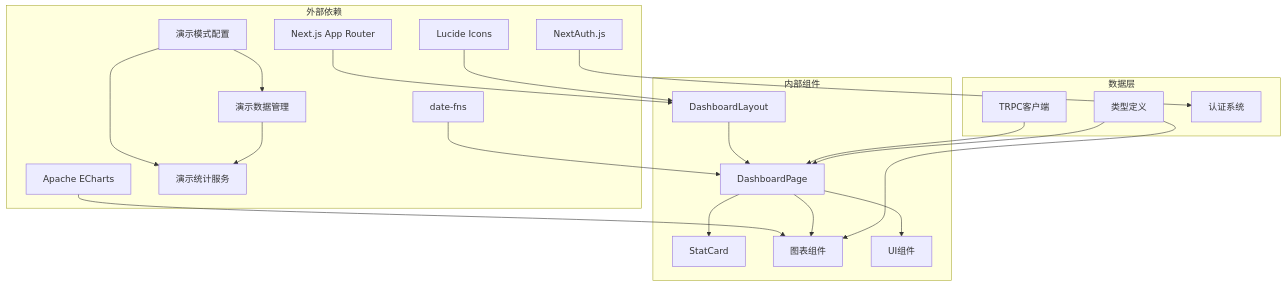
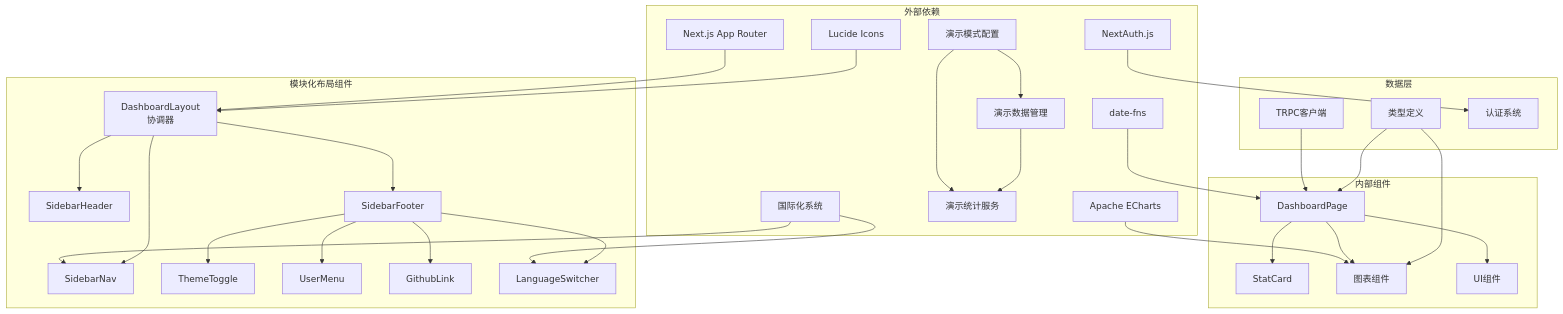
Before and after one commit to RadiumAg/AIGate: diagram 15 of 15 in .qoder/repowiki/zh/content/前端组件/仪表板布局.md, drawn with Mermaid. The commit also changed other lines of this file and 10 other files, not shown here.

````diff
--- a/.qoder/repowiki/zh/content/前端组件/仪表板布局.md
+++ b/.qoder/repowiki/zh/content/前端组件/仪表板布局.md
@@ -636,40 +664,58 @@
 ```mermaid
 graph TB
 subgraph "外部依赖"
 NextJS["Next.js App Router"]
 Lucide["Lucide Icons"]
 ECharts["Apache ECharts"]
 DateFns["date-fns"]
 NextAuth["NextAuth.js"]
 DemoConfig["演示模式配置"]
 DemoData["演示数据管理"]
 DemoStats["演示统计服务"]
+I18n["国际化系统"]
+end
+subgraph "模块化布局组件"
+DashboardLayout["DashboardLayout<br/>协调器"]
+SidebarHeader["SidebarHeader"]
+SidebarNav["SidebarNav"]
+SidebarFooter["SidebarFooter"]
+ThemeToggle["ThemeToggle"]
+UserMenu["UserMenu"]
+GithubLink["GithubLink"]
+LanguageSwitcher["LanguageSwitcher"]
 end
 subgraph "内部组件"
-DashboardLayout["DashboardLayout"]
 DashboardPage["DashboardPage"]
 StatCard["StatCard"]
 Charts["图表组件"]
 UIComponents["UI组件"]
 end
 subgraph "数据层"
 TRPC["TRPC客户端"]
 Types["类型定义"]
 Auth["认证系统"]
 end
 NextJS --> DashboardLayout
 Lucide --> DashboardLayout
 ECharts --> Charts
 DateFns --> DashboardPage
 NextAuth --> Auth
-DashboardLayout --> DashboardPage
+I18n --> SidebarNav
+I18n --> LanguageSwitcher
+DashboardLayout --> SidebarHeader
+DashboardLayout --> SidebarNav
+DashboardLayout --> SidebarFooter
+SidebarFooter --> ThemeToggle
+SidebarFooter --> UserMenu
+SidebarFooter --> GithubLink
+SidebarFooter --> LanguageSwitcher
 DashboardPage --> StatCard
 DashboardPage --> Charts
 DashboardPage --> UIComponents
 TRPC --> DashboardPage
 Types --> DashboardPage
 Types --> Charts
 DemoConfig --> DemoData
 DemoConfig --> DemoStats
 DemoData --> DemoStats
 ```
````
